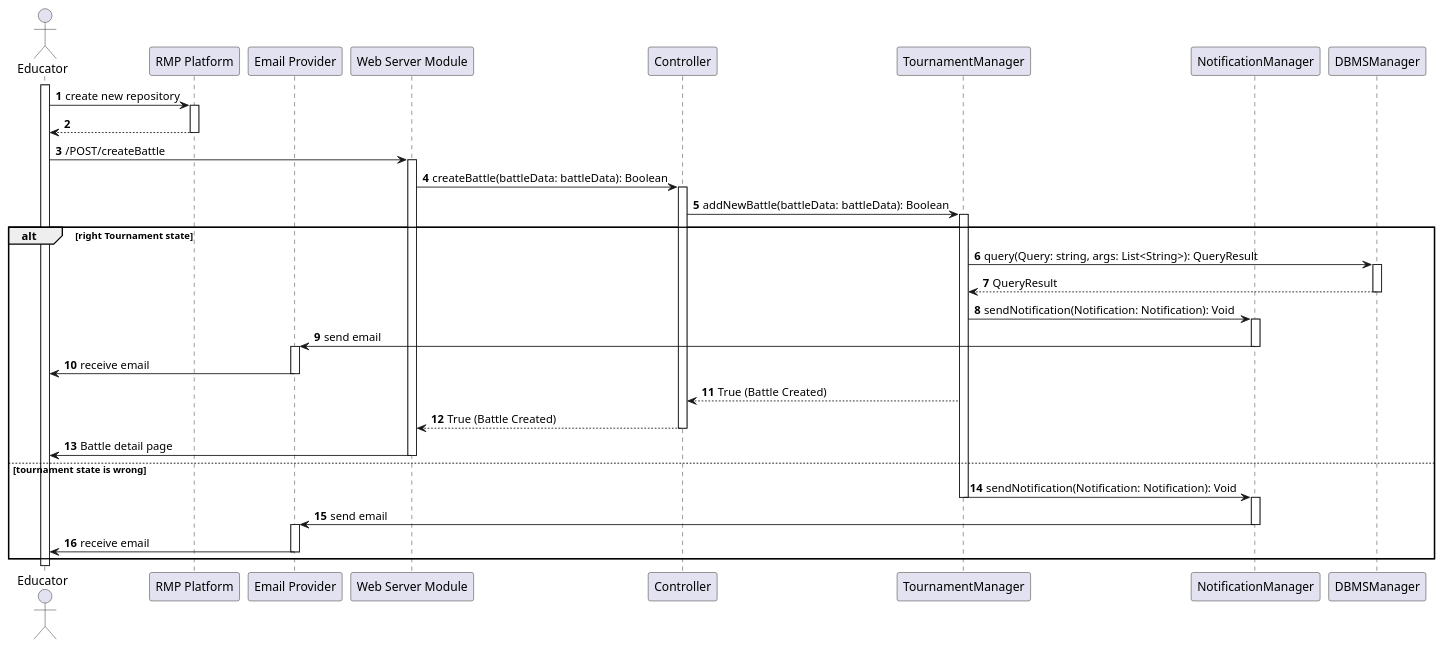
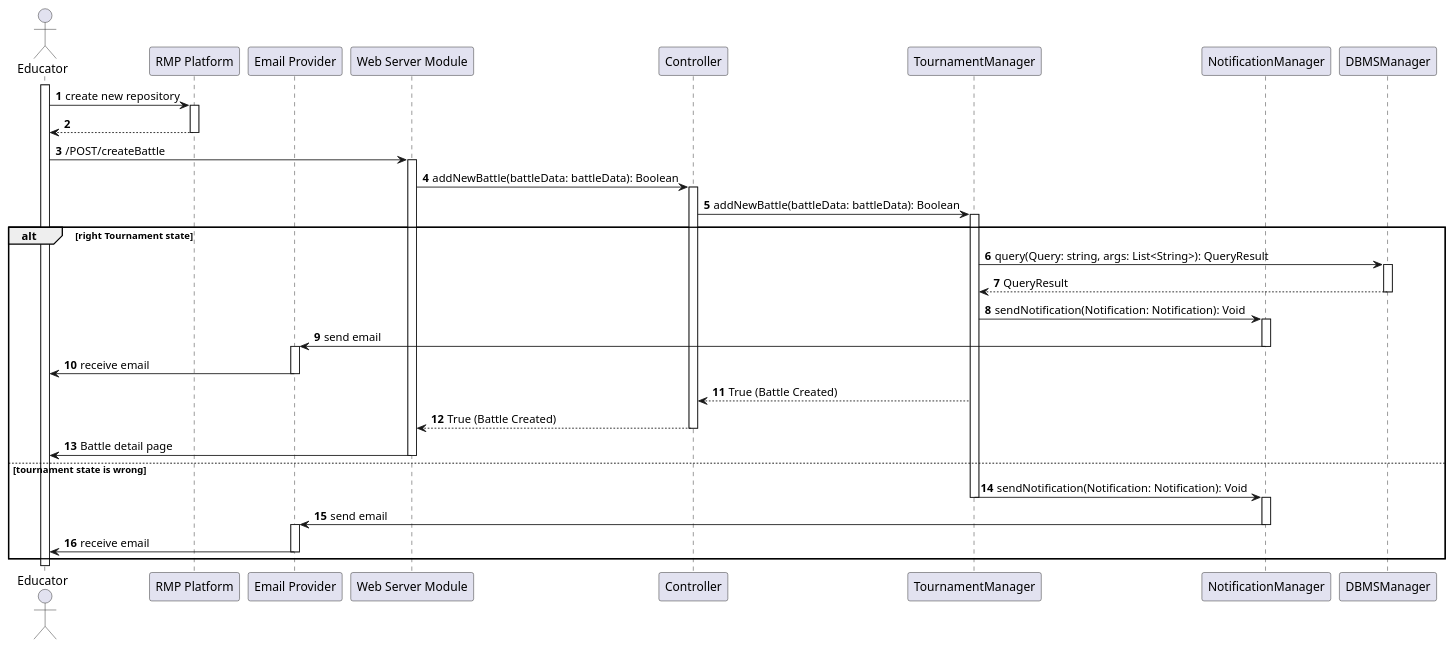
One commit to Angelo7672/SE2_Requirement-and-Design-Document changed the diagram in _DD/Images/sequenceDiagrams/createABattle.wsd. Above: the diagram before and after it, drawn with PlantUML. The commit also changed 7 other files, not shown here.

Commit message:
(dd) More Sequence Diagram Tweaks

```diff
--- a/_DD/Images/sequenceDiagrams/createABattle.wsd
+++ b/_DD/Images/sequenceDiagrams/createABattle.wsd
@@ -1,52 +1,52 @@
 @startuml
 
 'NEW:w
 autonumber
 actor Educator as E
 participant "RMP Platform" as RMP
 participant "Email Provider" as EM 
 participant "Web Server Module" as WS
 participant Controller as C
 participant TournamentManager as TM
 participant NotificationManager as NM
 participant DBMSManager as DB 
 
 activate E
 E -> RMP: create new repository
 activate RMP
 RMP --> E
 deactivate RMP
 E -> WS: /POST/createBattle
 activate WS
-WS -> C: createBattle(battleData: battleData): Boolean
+WS -> C: addNewBattle(battleData: battleData): Boolean
 activate C
 C -> TM: addNewBattle(battleData: battleData): Boolean
 activate TM
 alt right Tournament state
     TM -> DB: query(Query: string, args: List<String>): QueryResult
     activate DB
     DB --> TM: QueryResult
     deactivate DB
     TM -> NM: sendNotification(Notification: Notification): Void
     activate NM
     NM -> EM: send email
     deactivate NM
     activate EM
     EM -> E: receive email
     deactivate EM
     TM --> C: True (Battle Created)
     C --> WS: True (Battle Created)
     deactivate C
     WS -> E: Battle detail page
     deactivate WS
 else tournament state is wrong 
     TM -> NM: sendNotification(Notification: Notification): Void
     deactivate TM
     activate NM
     NM -> EM: send email
     deactivate NM
     activate EM
     EM -> E: receive email
     deactivate EM
 end
 @enduml
```
